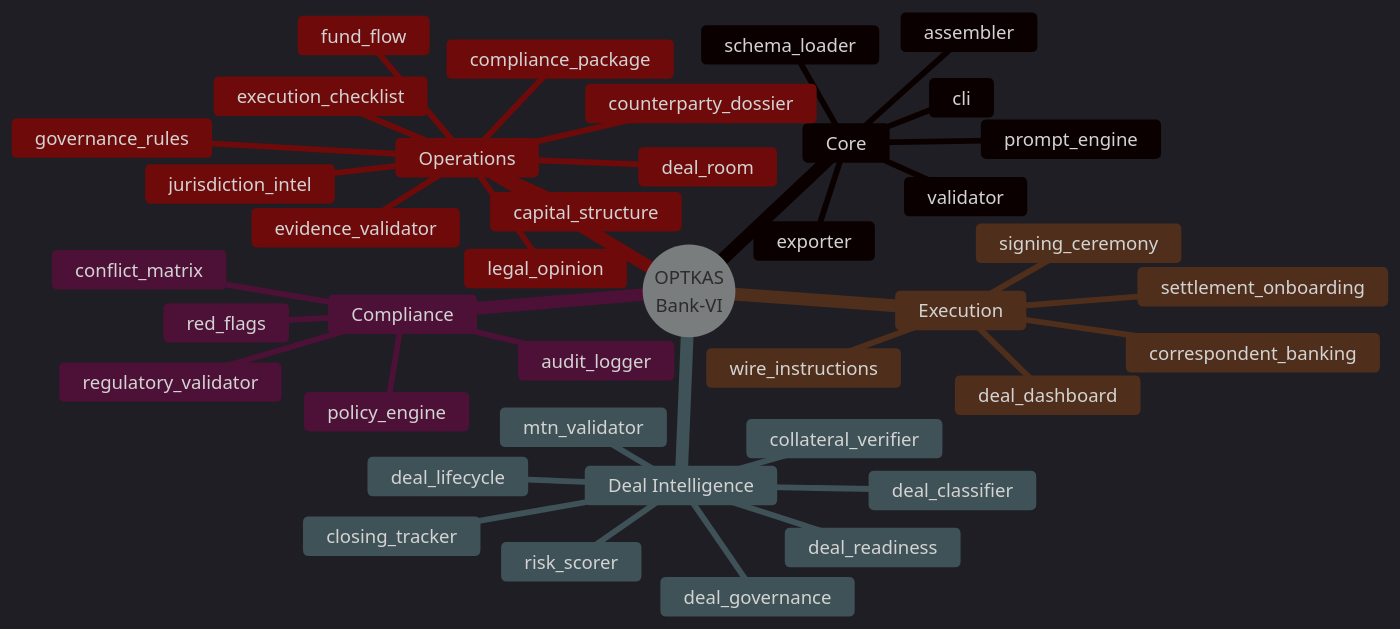
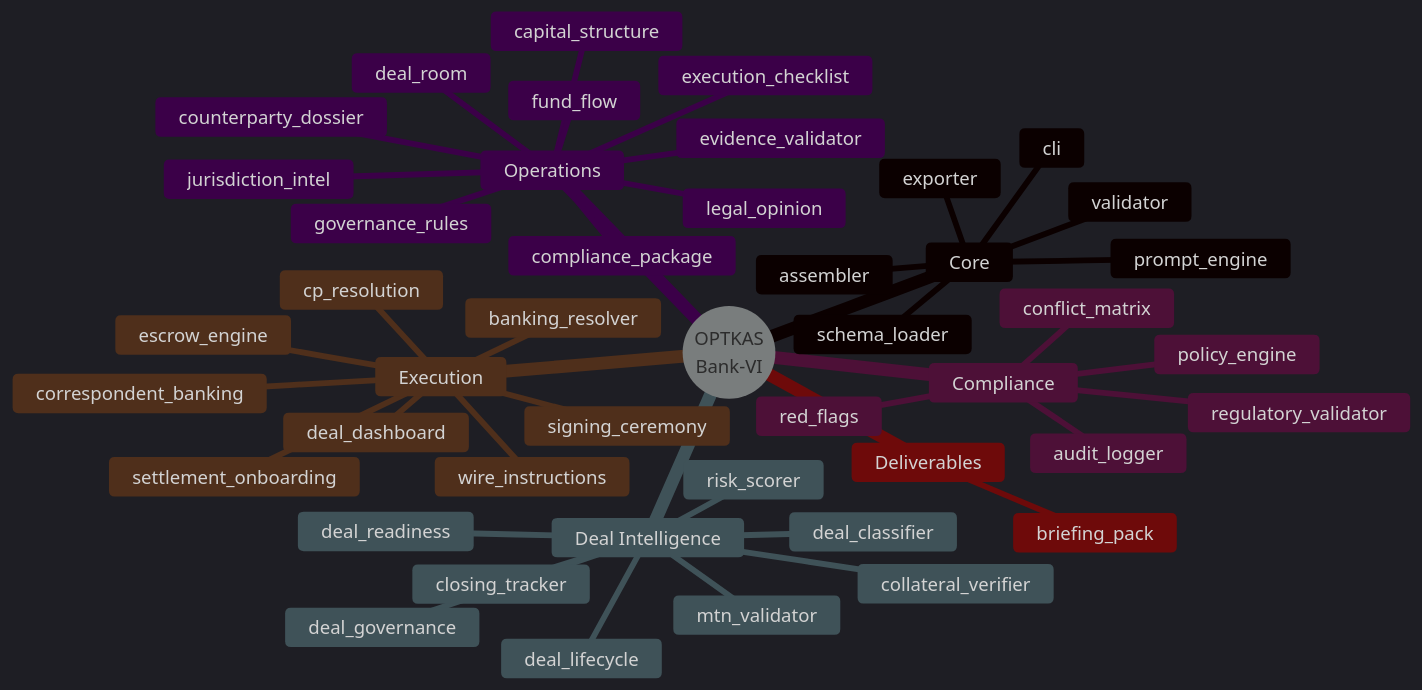
One commit to unykornai/optkas-bank-vi changed the fifth of 10 diagrams in README.md. Above: the diagram before and after it, drawn with Mermaid. The commit also changed other lines of this file, not shown here.

Commit message:
README: Full update through Phase 12  653 tests, 43 commands, 40 modules, 0 RED gates, briefing pack instructions for funding group

````diff
--- a/README.md
+++ b/README.md
@@ -377,44 +538,49 @@
 ```mermaid
 %%{init: {'theme': 'dark'}}%%
 mindmap
   root((OPTKAS<br/>Bank-VI))
     Core
       validator
       assembler
       exporter
       prompt_engine
       schema_loader
       cli
     Compliance
       regulatory_validator
       conflict_matrix
       red_flags
       policy_engine
       audit_logger
     Deal Intelligence
       deal_classifier
       deal_lifecycle
       deal_readiness
       mtn_validator
       collateral_verifier
       deal_governance
       risk_scorer
       closing_tracker
     Execution
       settlement_onboarding
       wire_instructions
       signing_ceremony
       deal_dashboard
       correspondent_banking
+      escrow_engine
+      banking_resolver
+      cp_resolution
+    Deliverables
+      briefing_pack
     Operations
       counterparty_dossier
       execution_checklist
       deal_room
       legal_opinion
       evidence_validator
       capital_structure
       fund_flow
       governance_rules
       compliance_package
       jurisdiction_intel
 ```
````
